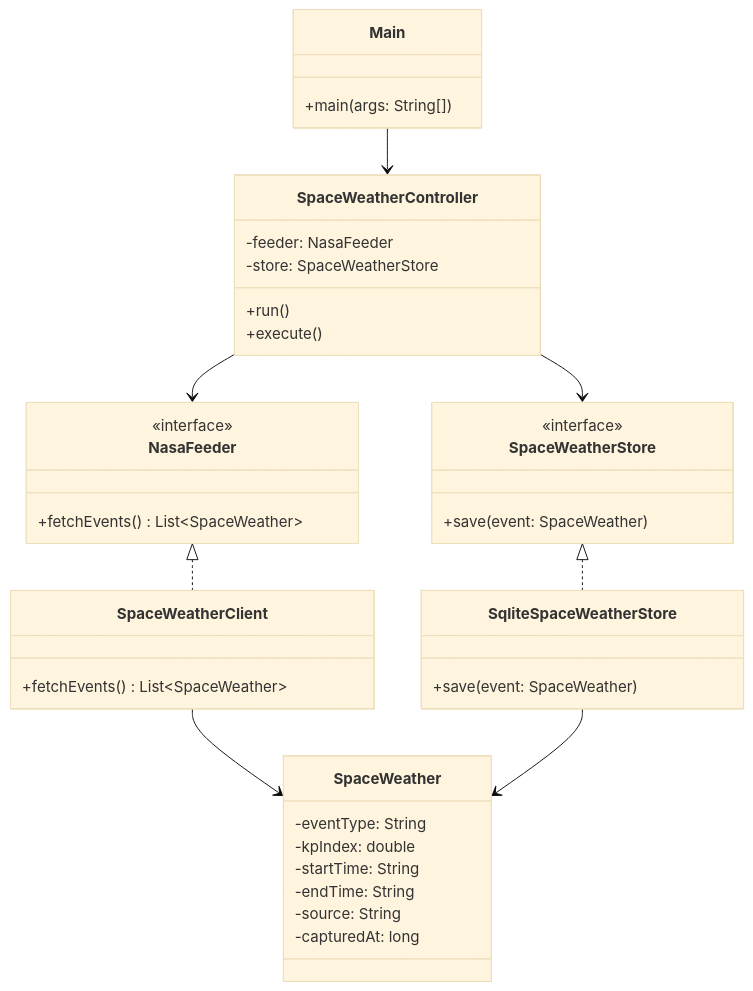
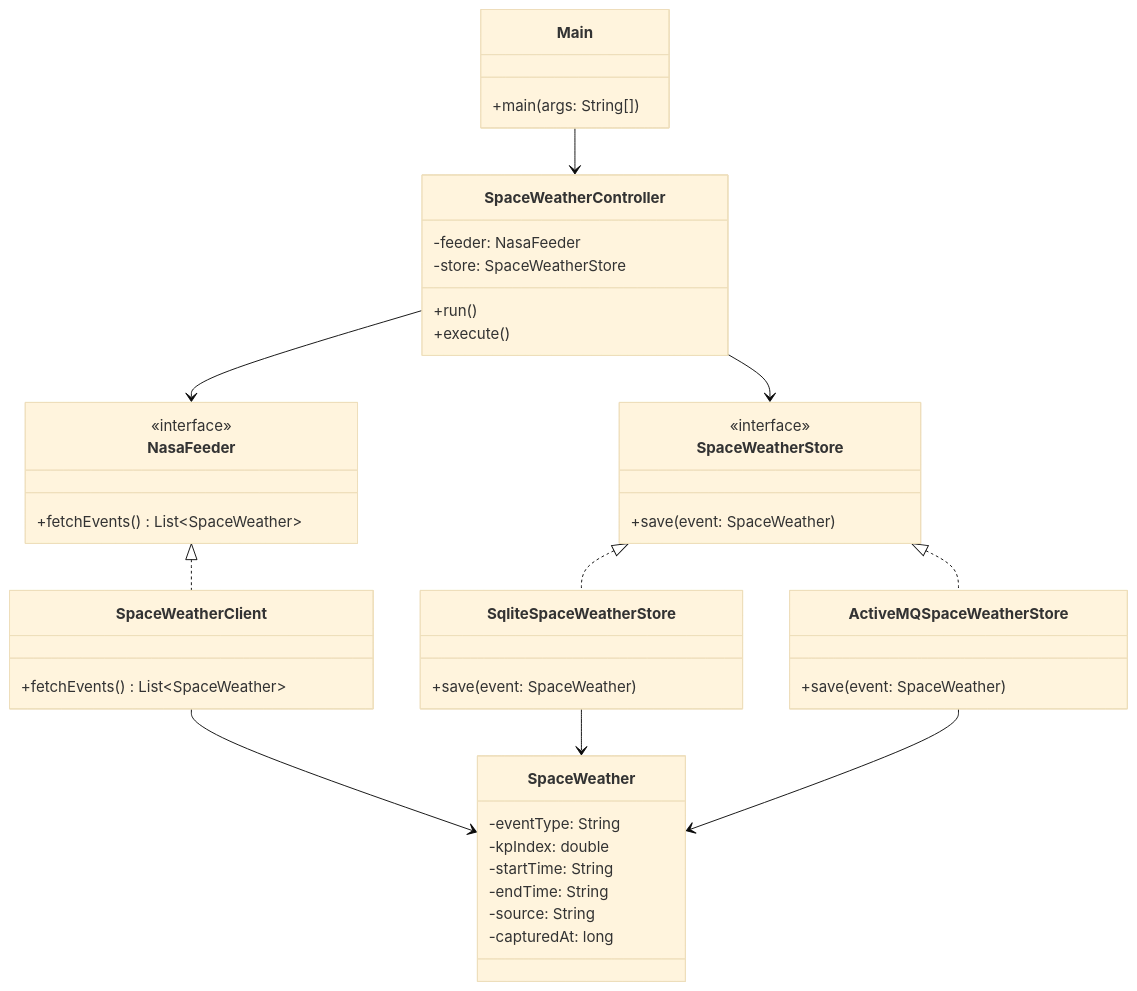
One commit to dacd-projects/project-dacd-sprint1 changed the third of 4 diagrams in README.md. Above: the diagram before and after it, drawn with Mermaid (base theme). The commit also changed other lines of this file, not shown here.

Commit message:
update README for Sprint 2 with architecture, diagrams and execution instructions

````diff
--- a/README.md
+++ b/README.md
@@ -100,42 +115,47 @@
 ```mermaid
 classDiagram
     class Main {
         +main(args: String[])
     }
     class SpaceWeatherController {
         -feeder: NasaFeeder
         -store: SpaceWeatherStore
         +run()
         +execute()
     }
     class NasaFeeder {
         <<interface>>
         +fetchEvents() List~SpaceWeather~
     }
     class SpaceWeatherStore {
         <<interface>>
         +save(event: SpaceWeather)
     }
     class SpaceWeatherClient {
         +fetchEvents() List~SpaceWeather~
     }
     class SqliteSpaceWeatherStore {
         +save(event: SpaceWeather)
     }
+    class ActiveMQSpaceWeatherStore {
+        +save(event: SpaceWeather)
+    }
     class SpaceWeather {
         -eventType: String
         -kpIndex: double
         -startTime: String
         -endTime: String
         -source: String
         -capturedAt: long
     }
 
     Main --> SpaceWeatherController
     SpaceWeatherController --> NasaFeeder
     SpaceWeatherController --> SpaceWeatherStore
     NasaFeeder <|.. SpaceWeatherClient
     SpaceWeatherStore <|.. SqliteSpaceWeatherStore
+    SpaceWeatherStore <|.. ActiveMQSpaceWeatherStore
     SpaceWeatherClient --> SpaceWeather
     SqliteSpaceWeatherStore --> SpaceWeather
+    ActiveMQSpaceWeatherStore --> SpaceWeather
 ```
````
